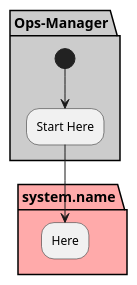
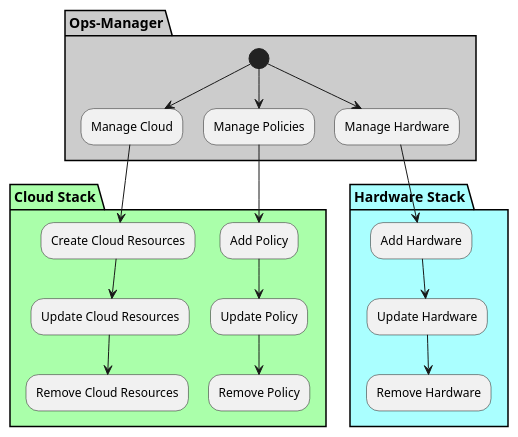
Before and after one commit to CAADE/fleet: the diagram in docs/Actors/Ops-Manager/Activity.puml, drawn with PlantUML. The commit also changed 44 other files, not shown here.

```diff
--- a/docs/Actors/Ops-Manager/Activity.puml
+++ b/docs/Actors/Ops-Manager/Activity.puml
@@ -1,12 +1,26 @@
 @startuml
 
 
 partition "Ops-Manager"  #cccccc {
-  (*) --> "Start Here"
+  (*) --> "Manage Cloud"
+  (*) --> "Manage Policies"
+  (*) --> "Manage Hardware"
 }
 
-partition "system.name" #ffaaaa {
-  "Start Here" --> "Here"
+partition "Cloud Stack" #aaffaa {
+  "Manage Cloud" --> "Create Cloud Resources"
+  "Create Cloud Resources" --> "Update Cloud Resources"
+  "Update Cloud Resources" --> "Remove Cloud Resources"
+
+  "Manage Policies" --> "Add Policy"
+  "Add Policy" --> "Update Policy"
+  "Update Policy" --> "Remove Policy"
+}
+
+partition "Hardware Stack" #aaffff {
+  "Manage Hardware" --> "Add Hardware"
+  "Add Hardware" --> "Update Hardware"
+  "Update Hardware" --> "Remove Hardware"
 }
 
 @enduml
```
